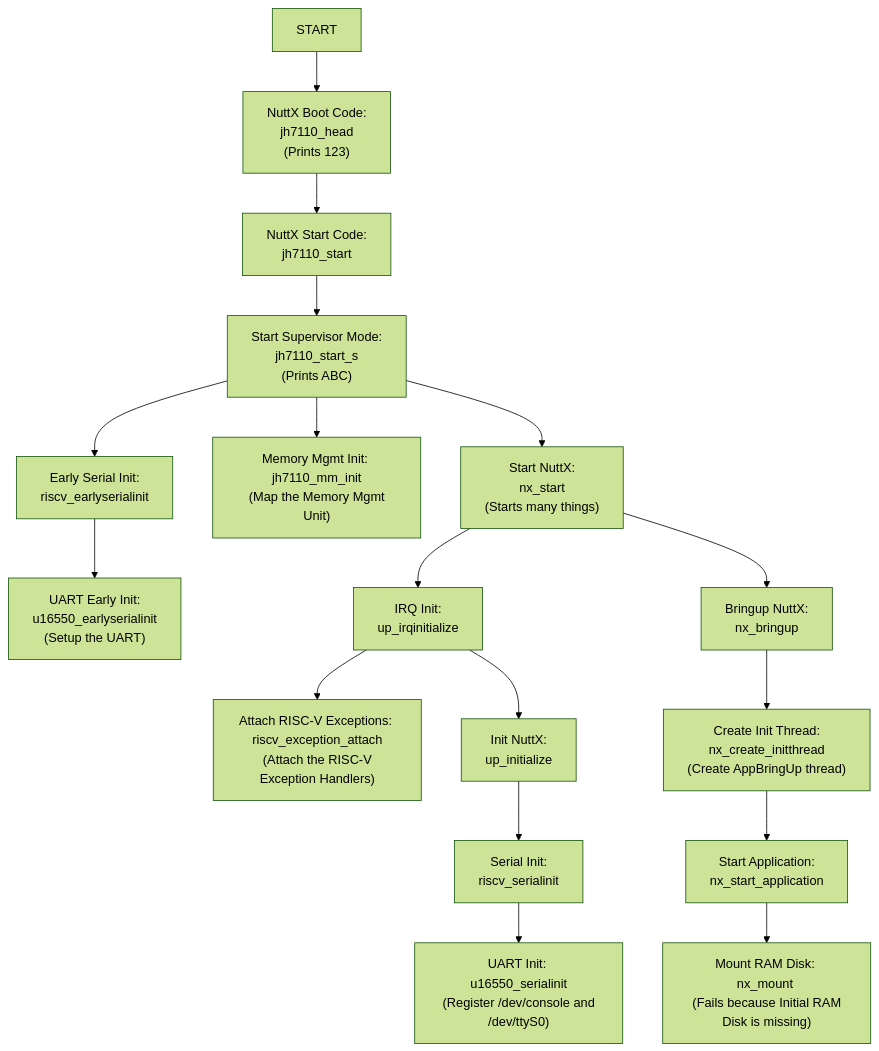
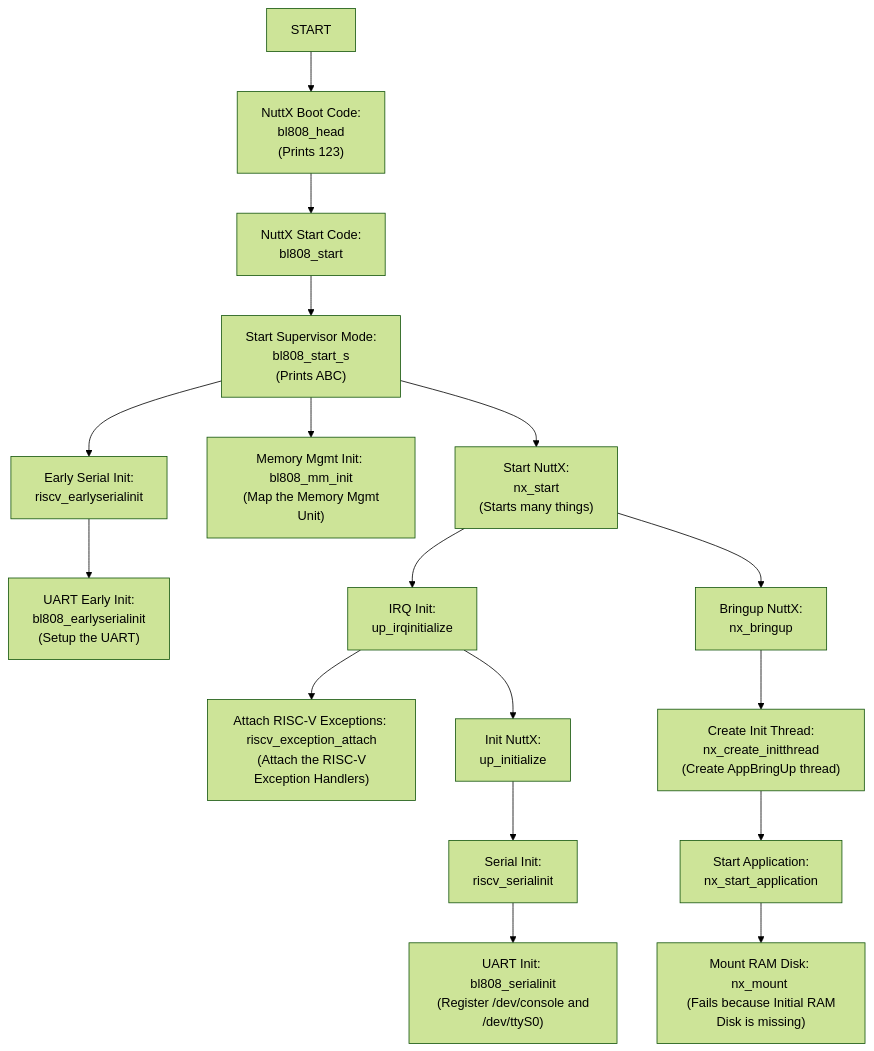
Before and after one commit to lupyuen/nuttx-ox64: the first of 2 diagrams in README.md, drawn with Mermaid (forest theme). The commit also changed other lines of this file, not shown here.

Commit message:
Point BL808 to NuttX Mainline

````diff
--- a/README.md
+++ b/README.md
@@ -1471,50 +1471,50 @@
 ```mermaid
 flowchart TD
-START --> jh7110_head["NuttX Boot Code: \n jh7110_head \n (Prints 123)"]
-click jh7110_head href "https://github.com/lupyuen2/wip-pinephone-nuttx/blob/ox64/arch/risc-v/src/jh7110/jh7110_head.S#L41-L156" "arch/risc-v/src/jh7110/jh7110_head.S" _blank
+START --> bl808_head["NuttX Boot Code: \n bl808_head \n (Prints 123)"]
+click bl808_head href "https://github.com/apache/nuttx/blob/master/arch/risc-v/src/bl808/bl808_head.S#L41-L156" "arch/risc-v/src/bl808/bl808_head.S" _blank
 
-jh7110_head --> jh7110_start["NuttX Start Code: \n jh7110_start"]
-click jh7110_start href "https://github.com/lupyuen2/wip-pinephone-nuttx/blob/ox64/arch/risc-v/src/jh7110/jh7110_start.c#L129-L159" "arch/risc-v/src/jh7110/jh7110_start.c" _blank
+bl808_head --> bl808_start["NuttX Start Code: \n bl808_start"]
+click bl808_start href "https://github.com/apache/nuttx/blob/master/arch/risc-v/src/bl808/bl808_start.c#L254-L297" "arch/risc-v/src/bl808/bl808_start.c" _blank
 
-jh7110_start --> jh7110_start_s["Start Supervisor Mode: \n jh7110_start_s \n (Prints ABC)"]
-click jh7110_start_s href "https://github.com/lupyuen2/wip-pinephone-nuttx/blob/ox64/arch/risc-v/src/jh7110/jh7110_start.c#L82-L129" "arch/risc-v/src/jh7110/jh7110_start.c" _blank
+bl808_start --> bl808_start_s["Start Supervisor Mode: \n bl808_start_s \n (Prints ABC)"]
+click bl808_start_s href "https://github.com/apache/nuttx/blob/master/arch/risc-v/src/bl808/bl808_start.c#L200-L254" "arch/risc-v/src/bl808/bl808_start.c" _blank
 
-jh7110_start_s --> riscv_earlyserialinit["Early Serial Init: \n riscv_earlyserialinit"]
-click riscv_earlyserialinit href "https://github.com/lupyuen2/wip-pinephone-nuttx/blob/ox64/arch/risc-v/src/jh7110/jh7110_start.c#L159-L164" "arch/risc-v/src/jh7110/jh7110_start.c" _blank
+bl808_start_s --> riscv_earlyserialinit["Early Serial Init: \n riscv_earlyserialinit"]
+click riscv_earlyserialinit href "https://github.com/apache/nuttx/blob/master/arch/risc-v/src/bl808/bl808_start.c#L297-L314" "arch/risc-v/src/bl808/bl808_start.c" _blank
 
-jh7110_start_s --> jh7110_mm_init["Memory Mgmt Init: \n jh7110_mm_init \n (Map the Memory Mgmt Unit)"]
-click jh7110_mm_init href "https://github.com/lupyuen2/wip-pinephone-nuttx/blob/ox64/arch/risc-v/src/jh7110/jh7110_mm_init.c#L259-L284" "arch/risc-v/src/jh7110/jh7110_mm_init.c" _blank
+bl808_start_s --> bl808_mm_init["Memory Mgmt Init: \n bl808_mm_init \n (Map the Memory Mgmt Unit)"]
+click bl808_mm_init href "https://github.com/apache/nuttx/blob/master/arch/risc-v/src/bl808/bl808_mm_init.c#L278-L298" "arch/risc-v/src/bl808/bl808_mm_init.c" _blank
 
-jh7110_start_s --> nx_start["Start NuttX: \n nx_start \n (Starts many things)"]
-click nx_start href "https://github.com/lupyuen2/wip-pinephone-nuttx/blob/ox64/sched/init/nx_start.c#L298-L713" "sched/init/nx_start.c" _blank
+bl808_start_s --> nx_start["Start NuttX: \n nx_start \n (Starts many things)"]
+click nx_start href "https://github.com/apache/nuttx/blob/master/sched/init/nx_start.c#L298-L713" "sched/init/nx_start.c" _blank
 
-riscv_earlyserialinit --> u16550_earlyserialinit["UART Early Init: \n u16550_earlyserialinit \n (Setup the UART)"]
-click u16550_earlyserialinit href "https://github.com/lupyuen2/wip-pinephone-nuttx/blob/ox64/drivers/serial/uart_16550.c#L1722-L1747" "drivers/serial/uart_16550.c" _blank
+riscv_earlyserialinit --> bl808_earlyserialinit["UART Early Init: \n bl808_earlyserialinit \n (Setup the UART)"]
+click bl808_earlyserialinit href "https://github.com/apache/nuttx/blob/master/arch/risc-v/src/bl808/bl808_serial.c#L700-L720" "drivers/serial/uart_16550.c" _blank
 
 nx_start --> up_irqinitialize["IRQ Init: \n up_irqinitialize"]
-click up_irqinitialize href "https://github.com/lupyuen2/wip-pinephone-nuttx/blob/ox64/arch/risc-v/src/jh7110/jh7110_irq.c#L41C1-L103" "arch/risc-v/src/jh7110/jh7110_irq.c#" _blank
+click up_irqinitialize href "https://github.com/apache/nuttx/blob/master/arch/risc-v/src/bl808/bl808_irq.c#L41-L103" "arch/risc-v/src/bl808/bl808_irq.c#" _blank
 
 nx_start --> nx_bringup["Bringup NuttX: \n nx_bringup"]
-click nx_bringup href "https://github.com/lupyuen2/wip-pinephone-nuttx/blob/ox64/sched/init/nx_bringup.c#L373-L462" "sched/init/nx_bringup.c" _blank
+click nx_bringup href "https://github.com/apache/nuttx/blob/master/sched/init/nx_bringup.c#L379-L468" "sched/init/nx_bringup.c" _blank
 
 up_irqinitialize --> riscv_exception_attach["Attach RISC-V Exceptions: \n riscv_exception_attach \n (Attach the RISC-V Exception Handlers)"]
-click riscv_exception_attach href "https://github.com/lupyuen2/wip-pinephone-nuttx/blob/ox64/arch/risc-v/src/common/riscv_exception.c#L89-L142" "arch/risc-v/src/common/riscv_exception.c" _blank
+click riscv_exception_attach href "https://github.com/apache/nuttx/blob/master/arch/risc-v/src/common/riscv_exception.c#L89-L142" "arch/risc-v/src/common/riscv_exception.c" _blank
 
 up_irqinitialize --> up_initialize["Init NuttX: \n up_initialize"]
-click up_initialize href "https://github.com/lupyuen2/wip-pinephone-nuttx/blob/ox64/arch/risc-v/src/common/riscv_initialize.c#L70-L132" "arch/risc-v/src/common/riscv_initialize.c" _blank
+click up_initialize href "https://github.com/apache/nuttx/blob/master/arch/risc-v/src/common/riscv_initialize.c#L70-L132" "arch/risc-v/src/common/riscv_initialize.c" _blank
 
 up_initialize --> riscv_serialinit["Serial Init: \n riscv_serialinit"]
-click riscv_serialinit href "https://github.com/lupyuen2/wip-pinephone-nuttx/blob/ox64/arch/risc-v/src/jh7110/jh7110_start.c#L164-L168" "arch/risc-v/src/jh7110/jh7110_start.c" _blank
+click riscv_serialinit href "https://github.com/apache/nuttx/blob/master/arch/risc-v/src/bl808/bl808_start.c#L314-L327" "arch/risc-v/src/bl808/bl808_start.c" _blank
 
-riscv_serialinit --> u16550_serialinit["UART Init: \n u16550_serialinit \n (Register /dev/console and /dev/ttyS0)"]
-click u16550_serialinit href "https://github.com/lupyuen2/wip-pinephone-nuttx/blob/ox64/drivers/serial/uart_16550.c#L1747-L1775" "drivers/serial/uart_16550.c" _blank
+riscv_serialinit --> bl808_serialinit["UART Init: \n bl808_serialinit \n (Register /dev/console and /dev/ttyS0)"]
+click bl808_serialinit href "https://github.com/apache/nuttx/blob/master/arch/risc-v/src/bl808/bl808_serial.c#L720-L762" "drivers/serial/uart_16550.c" _blank
 
 nx_bringup --> nx_create_initthread["Create Init Thread: \n nx_create_initthread \n (Create AppBringUp thread)"]
-click aaa href "https://github.com/lupyuen2/wip-pinephone-nuttx/blob/ox64/sched/init/nx_bringup.c#L330-L369" "sched/init/nx_bringup.c" _blank
+click nx_create_initthread href "https://github.com/apache/nuttx/blob/master/sched/init/nx_bringup.c#L336-L375" "sched/init/nx_bringup.c" _blank
 
 nx_create_initthread --> nx_start_application["Start Application: \n nx_start_application"]
-click nx_start_application href "https://github.com/lupyuen2/wip-pinephone-nuttx/blob/ox64/sched/init/nx_bringup.c#L212-L304" "sched/init/nx_bringup.c" _blank
+click nx_start_application href "https://github.com/apache/nuttx/blob/master/sched/init/nx_bringup.c#L213-L310" "sched/init/nx_bringup.c" _blank
 
 nx_start_application --> nx_mount["Mount RAM Disk: nx_mount \n (Fails because Initial RAM Disk is missing)"]
-click nx_mount href "https://github.com/lupyuen2/wip-pinephone-nuttx/blob/ox64/fs/mount/fs_mount.c#L260-L514" "fs/mount/fs_mount.c" _blank
+click nx_mount href "https://github.com/apache/nuttx/blob/master/fs/mount/fs_mount.c#L260-L514" "fs/mount/fs_mount.c" _blank
 ```
````
